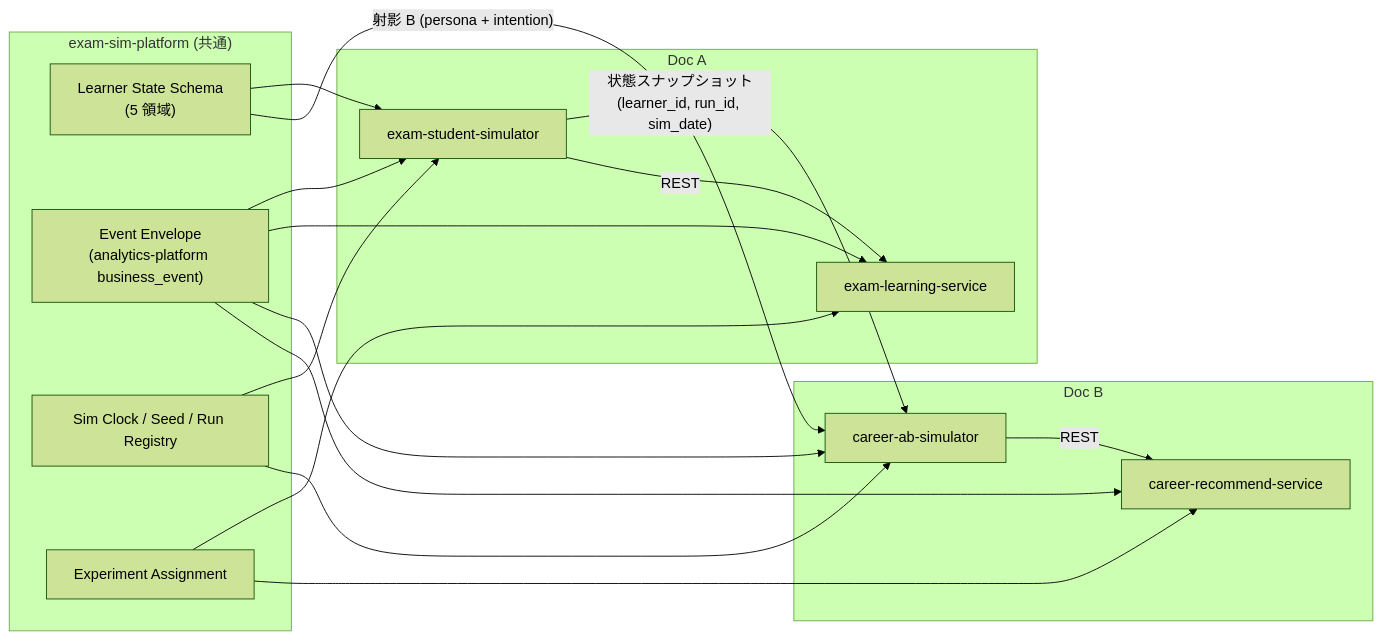
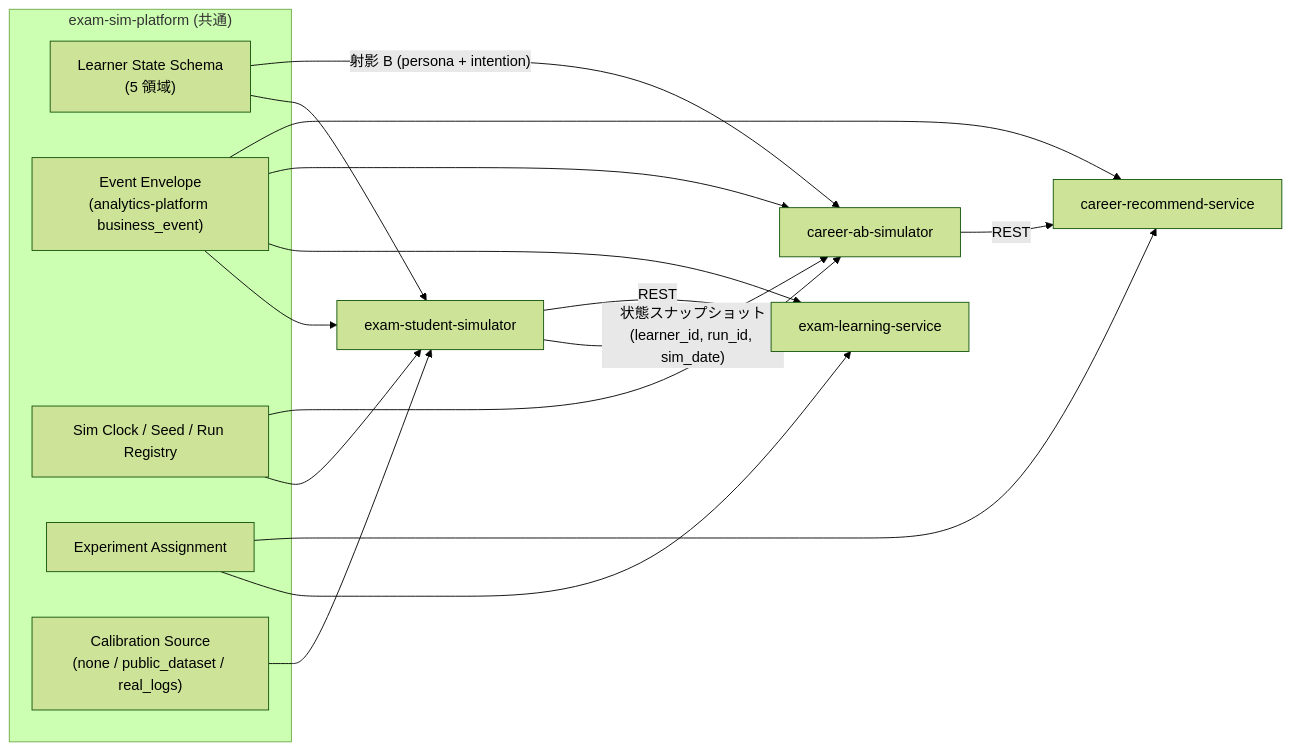
The first of 2 diagrams in docs/PROPOSALS/0013-exam-student-career-simulator.md (sakamoto-family-smile/agent_monorepo), drawn with Mermaid (forest theme) before and after one commit. The commit also changed other lines of this file and 2 other files, not shown here.

````diff
--- a/docs/PROPOSALS/0013-exam-student-career-simulator.md
+++ b/docs/PROPOSALS/0013-exam-student-career-simulator.md
@@ -73,30 +62,28 @@
 ```mermaid
 flowchart LR
   subgraph P["exam-sim-platform (共通)"]
     S["Learner State Schema<br/>(5 領域)"]
     E["Event Envelope<br/>(analytics-platform business_event)"]
     C["Sim Clock / Seed / Run Registry"]
     X["Experiment Assignment"]
+    K["Calibration Source<br/>(none / public_dataset / real_logs)"]
   end
-  subgraph A["Doc A"]
-    A1["exam-student-simulator"]
-    A2["exam-learning-service"]
-  end
-  subgraph B["Doc B"]
-    B1["career-ab-simulator"]
-    B2["career-recommend-service"]
-  end
+  A1["exam-student-simulator"]
+  A2["exam-learning-service"]
+  B1["career-ab-simulator"]
+  B2["career-recommend-service"]
   S --> A1
   S -->|"射影 B (persona + intention)"| B1
   C --> A1
   C --> B1
+  K --> A1
   E --> A1
   E --> A2
   E --> B1
   E --> B2
   X --> A2
   X --> B2
   A1 -->|"状態スナップショット<br/>(learner_id, run_id, sim_date)"| B1
   A1 -->|"REST"| A2
   B1 -->|"REST"| B2
 ```
````
